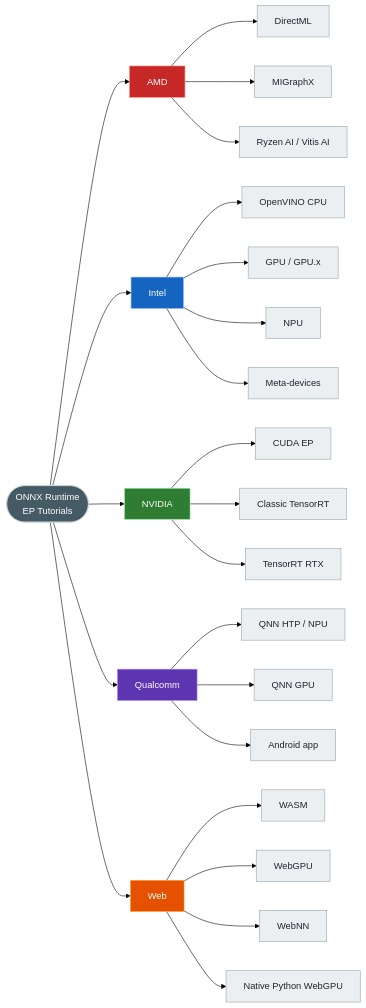
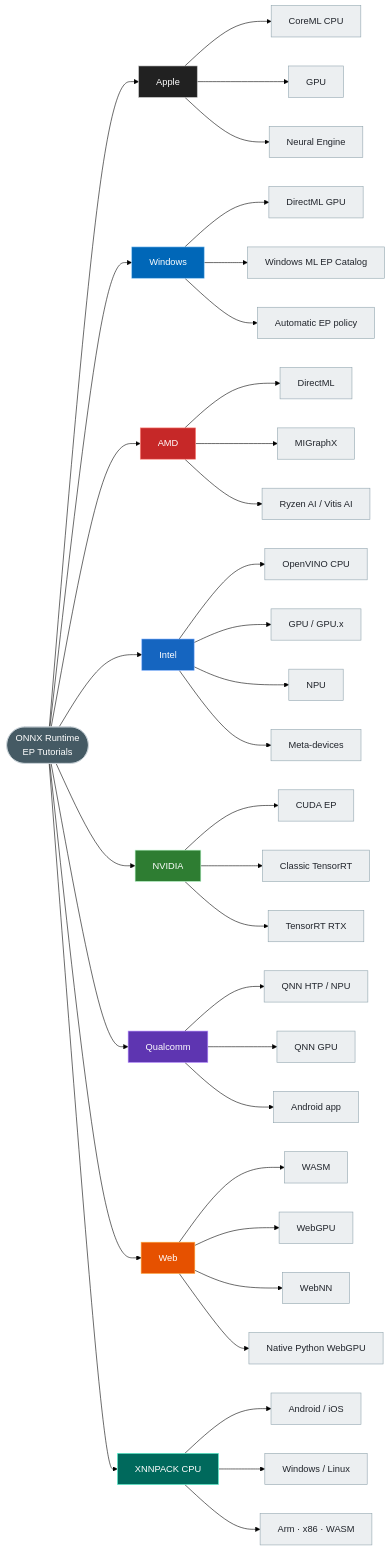
One commit to DakeQQ/Tutorial-ONNX-Runtime-Execution-Providers changed the first of 7 diagrams in README.md. Above: the diagram before and after it, drawn with Mermaid (forest theme). The commit also changed other lines of this file and 15 other files, not shown here.

````diff
--- a/README.md
+++ b/README.md
@@ -26,25 +27,34 @@
 ```mermaid
 flowchart LR
     ROOT(["ONNX Runtime<br/>EP Tutorials"])
+    ROOT --> APPLE["Apple"]
+    ROOT --> WIN["Windows"]
     ROOT --> AMD["AMD"]
     ROOT --> INTEL["Intel"]
     ROOT --> NV["NVIDIA"]
     ROOT --> QC["Qualcomm"]
     ROOT --> WEB["Web"]
+    ROOT --> XNN["XNNPACK CPU"]
 
+    APPLE --> APPa["CoreML CPU"] & APPb["GPU"] & APPc["Neural Engine"]
+    WIN --> WINa["DirectML GPU"] & WINb["Windows ML EP Catalog"] & WINc["Automatic EP policy"]
     AMD --> AMDa["DirectML"] & AMDb["MIGraphX"] & AMDc["Ryzen AI / Vitis AI"]
     INTEL --> INTa["OpenVINO CPU"] & INTb["GPU / GPU.x"] & INTc["NPU"] & INTd["Meta-devices"]
     NV --> NVa["CUDA EP"] & NVb["Classic TensorRT"] & NVc["TensorRT RTX"]
     QC --> QCa["QNN HTP / NPU"] & QCb["QNN GPU"] & QCc["Android app"]
     WEB --> WEBa["WASM"] & WEBb["WebGPU"] & WEBc["WebNN"] & WEBd["Native Python WebGPU"]
+    XNN --> XNNa["Android / iOS"] & XNNb["Windows / Linux"] & XNNc["Arm · x86 · WASM"]
 
     classDef leaf fill:#eceff1,stroke:#90a4ae,color:#20242b;
-    class AMDa,AMDb,AMDc,INTa,INTb,INTc,INTd,NVa,NVb,NVc,QCa,QCb,QCc,WEBa,WEBb,WEBc,WEBd leaf;
+    class APPa,APPb,APPc,WINa,WINb,WINc,AMDa,AMDb,AMDc,INTa,INTb,INTc,INTd,NVa,NVb,NVc,QCa,QCb,QCc,WEBa,WEBb,WEBc,WEBd,XNNa,XNNb,XNNc leaf;
 
     style ROOT fill:#455a64,stroke:#cfd8dc,stroke-width:1px,color:#ffffff
+    style APPLE fill:#212121,stroke:#bdbdbd,color:#ffffff
+    style WIN fill:#0067b8,stroke:#8dc8f4,color:#ffffff
     style AMD fill:#c62828,stroke:#ff8a80,color:#ffffff
     style INTEL fill:#1565c0,stroke:#82b1ff,color:#ffffff
     style NV fill:#2e7d32,stroke:#b9f6ca,color:#ffffff
     style QC fill:#5e35b1,stroke:#b388ff,color:#ffffff
     style WEB fill:#e65100,stroke:#ffab40,color:#ffffff
+    style XNN fill:#00695c,stroke:#64ffda,color:#ffffff
 ```
````
